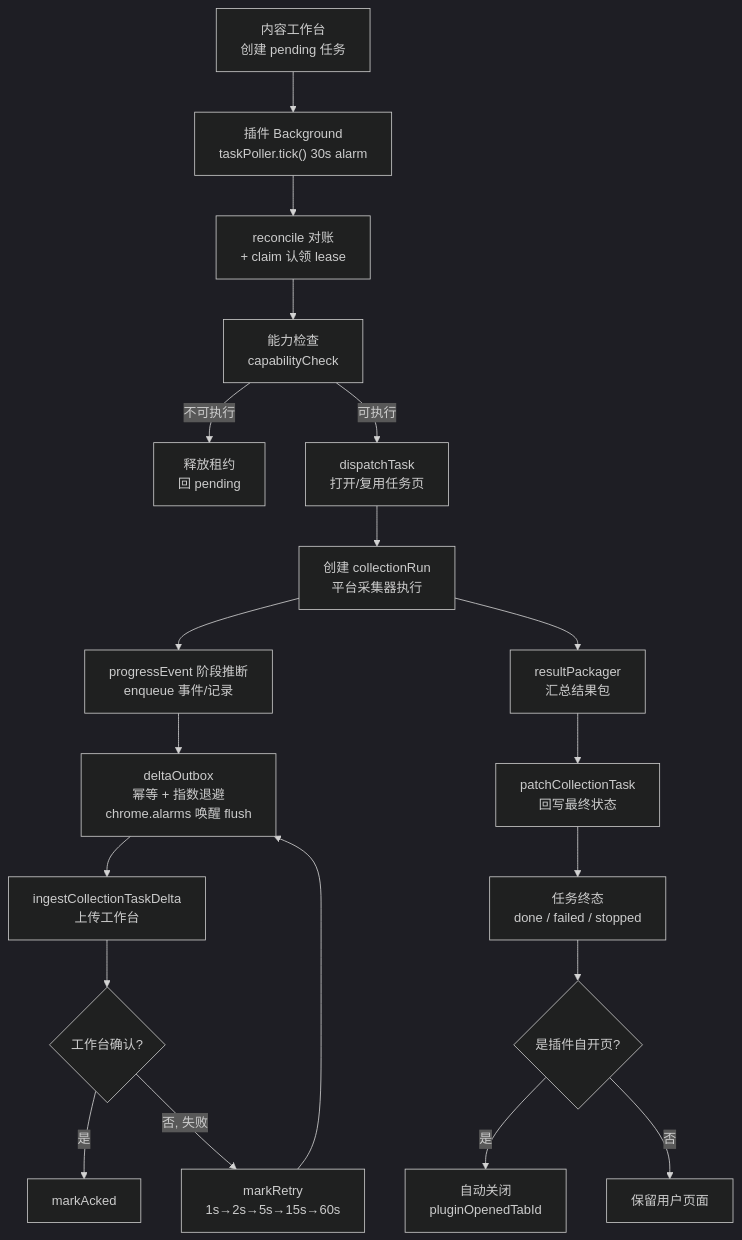
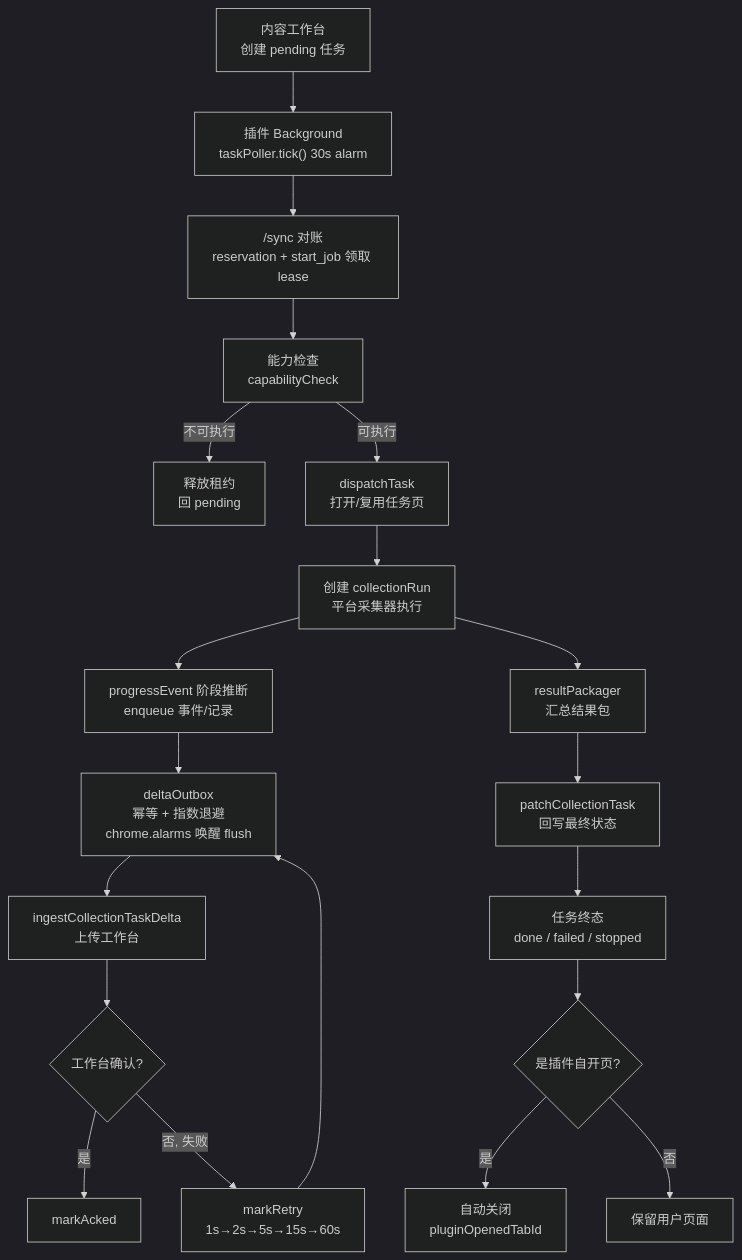
Before and after one commit to Himog0921/linggan-boom: the second of 6 diagrams in docs/product/PRD.md, drawn with Mermaid (dark theme). The commit also changed other lines of this file and 23 other files, not shown here.

````diff
--- a/docs/product/PRD.md
+++ b/docs/product/PRD.md
@@ -409,22 +409,22 @@
 ```mermaid
 flowchart TD
     WB["内容工作台<br/>创建 pending 任务"] --> POLL["插件 Background<br/>taskPoller.tick() 30s alarm"]
-    POLL --> RECON["reconcile 对账<br/>+ claim 认领 lease"]
+    POLL --> RECON["/sync 对账<br/>reservation + start_job 领取 lease"]
     RECON --> CAP["能力检查<br/>capabilityCheck"]
     CAP -->|不可执行| REL["释放租约<br/>回 pending"]
     CAP -->|可执行| DISP["dispatchTask<br/>打开/复用任务页"]
     DISP --> RUN["创建 collectionRun<br/>平台采集器执行"]
     RUN --> EVT["progressEvent 阶段推断<br/>enqueue 事件/记录"]
     EVT --> OUT["deltaOutbox<br/>幂等 + 指数退避<br/>chrome.alarms 唤醒 flush"]
     OUT --> INGEST["ingestCollectionTaskDelta<br/>上传工作台"]
     INGEST --> ACK{"工作台确认?"}
     ACK -->|是| MARK["markAcked"]
     ACK -->|否, 失败| RETRY["markRetry<br/>1s→2s→5s→15s→60s"]
     RETRY --> OUT
     RUN --> PKG["resultPackager<br/>汇总结果包"]
     PKG --> PATCH["patchCollectionTask<br/>回写最终状态"]
     PATCH --> DONE["任务终态<br/>done / failed / stopped"]
     DONE --> CLOSE{"是插件自开页?"}
     CLOSE -->|是| AUTOCLOSE["自动关闭<br/>pluginOpenedTabId"]
     CLOSE -->|否| KEEP["保留用户页面"]
 ```
````
